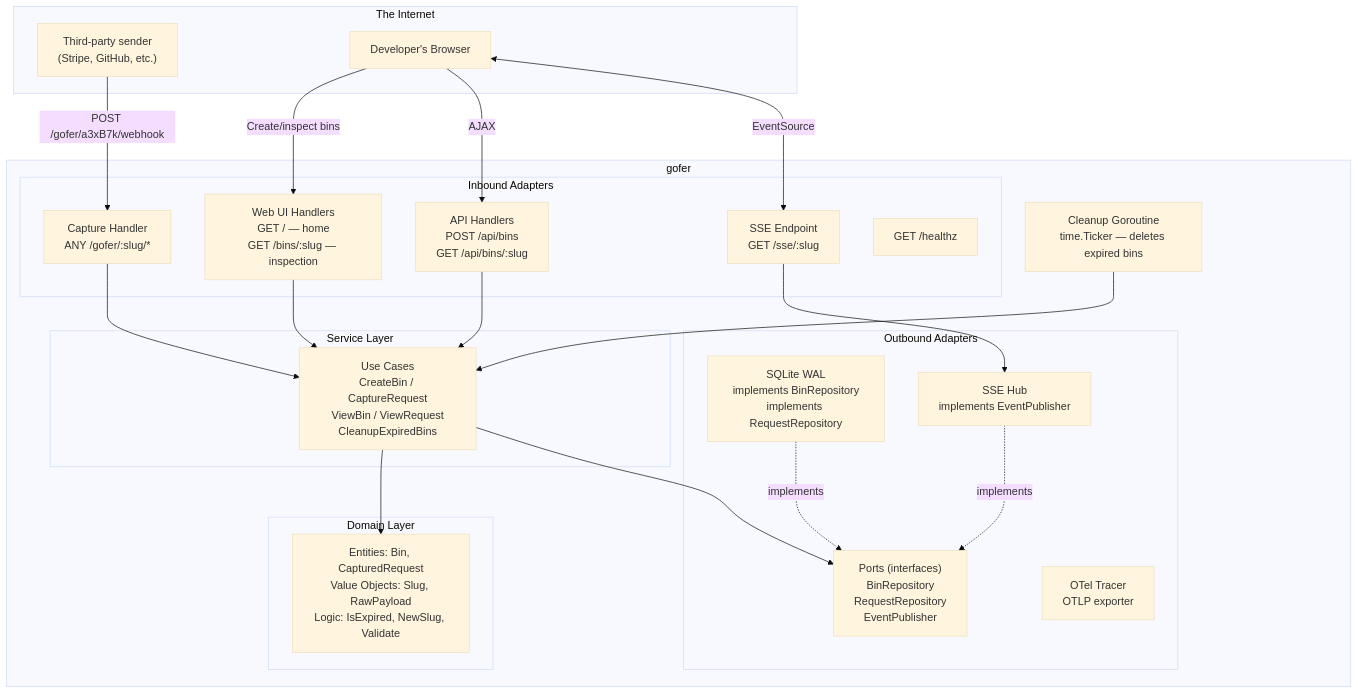
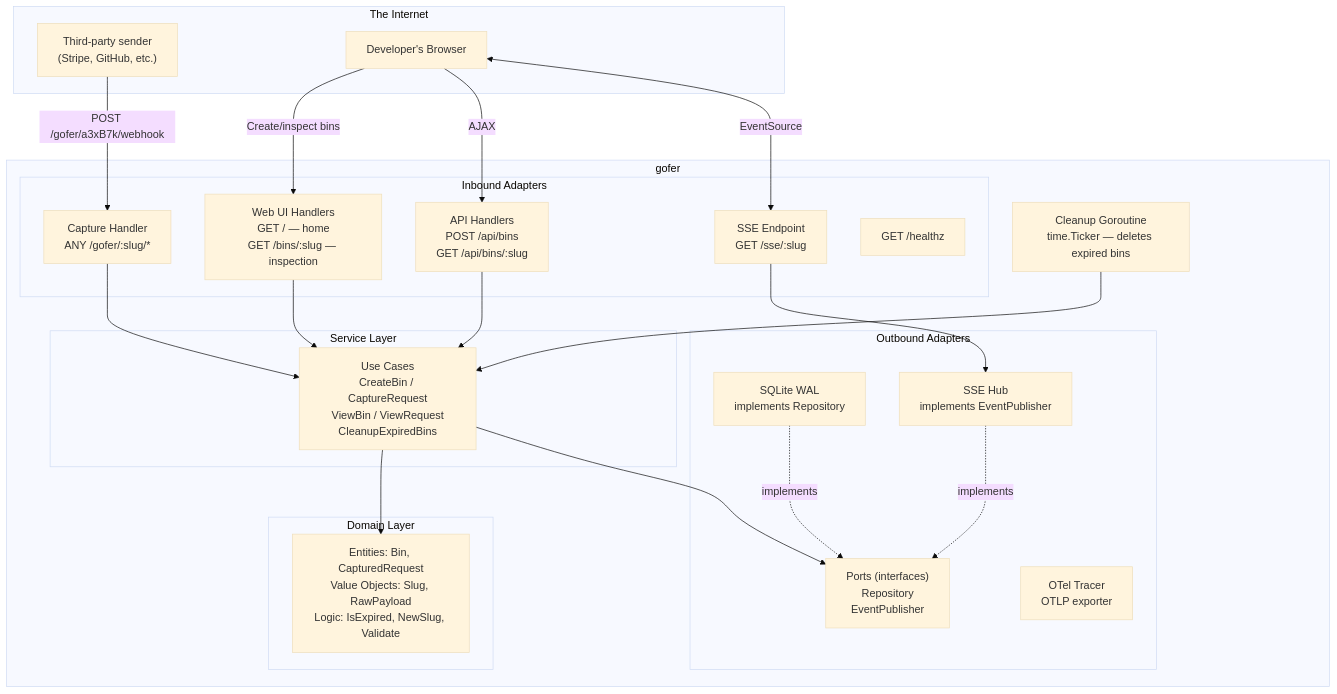
Before and after one commit to w-h-a/gofer: the first of 2 diagrams in README.md, drawn with Mermaid (base theme). The commit also changed 6 other files, not shown here.

Commit message:
feat: add port interfaces for Repositiory and EventPublisher (#6)

````diff
--- a/README.md
+++ b/README.md
@@ -25,52 +25,52 @@
 ```mermaid
 graph TB
     subgraph "The Internet"
         STRIPE["Third-party sender<br/>(Stripe, GitHub, etc.)"]
         BROWSER["Developer's Browser"]
     end
 
     subgraph "gofer"
 
         subgraph "Inbound Adapters"
             WEB_UI["Web UI Handlers<br/>GET / — home<br/>GET /bins/:slug — inspection"]
             API["API Handlers<br/>POST /api/bins<br/>GET /api/bins/:slug"]
             CAPTURE["Capture Handler<br/>ANY /gofer/:slug/*"]
             SSE_EP["SSE Endpoint<br/>GET /sse/:slug"]
             HEALTH["GET /healthz"]
         end
 
         subgraph "Service Layer"
             UC["Use Cases<br/>CreateBin / CaptureRequest<br/>ViewBin / ViewRequest<br/>CleanupExpiredBins"]
         end
 
         subgraph "Domain Layer"
             ENT["Entities: Bin, CapturedRequest<br/>Value Objects: Slug, RawPayload<br/>Logic: IsExpired, NewSlug, Validate"]
         end
 
         subgraph "Outbound Adapters"
-            PORTS["Ports (interfaces)<br/>BinRepository<br/>RequestRepository<br/>EventPublisher"]
-            SQLITE["SQLite WAL<br/>implements BinRepository<br/>implements RequestRepository"]
+            PORTS["Ports (interfaces)<br/>Repository<br/>EventPublisher"]
+            SQLITE["SQLite WAL<br/>implements Repository"]
             HUB["SSE Hub<br/>implements EventPublisher"]
             OTEL["OTel Tracer<br/>OTLP exporter"]
         end
 
         CLEANUP["Cleanup Goroutine<br/>time.Ticker — deletes expired bins"]
     end
 
     STRIPE -->|"POST /gofer/a3xB7k/webhook"| CAPTURE
     BROWSER -->|"Create/inspect bins"| WEB_UI
     BROWSER -->|"AJAX"| API
     BROWSER <-->|"EventSource"| SSE_EP
 
     WEB_UI --> UC
     API --> UC
     CAPTURE --> UC
     SSE_EP --> HUB
 
     UC --> ENT
     UC --> PORTS
 
     SQLITE -.->|implements| PORTS
     HUB -.->|implements| PORTS
     CLEANUP --> UC
 ```
````
